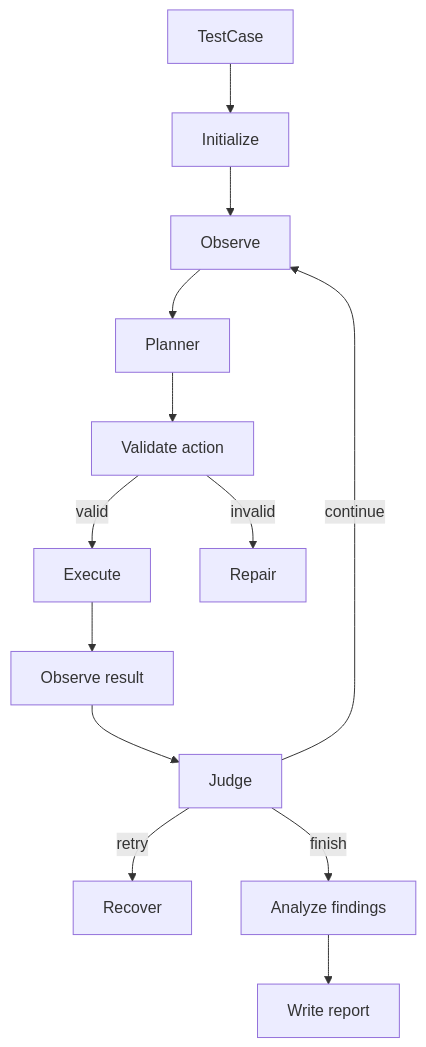
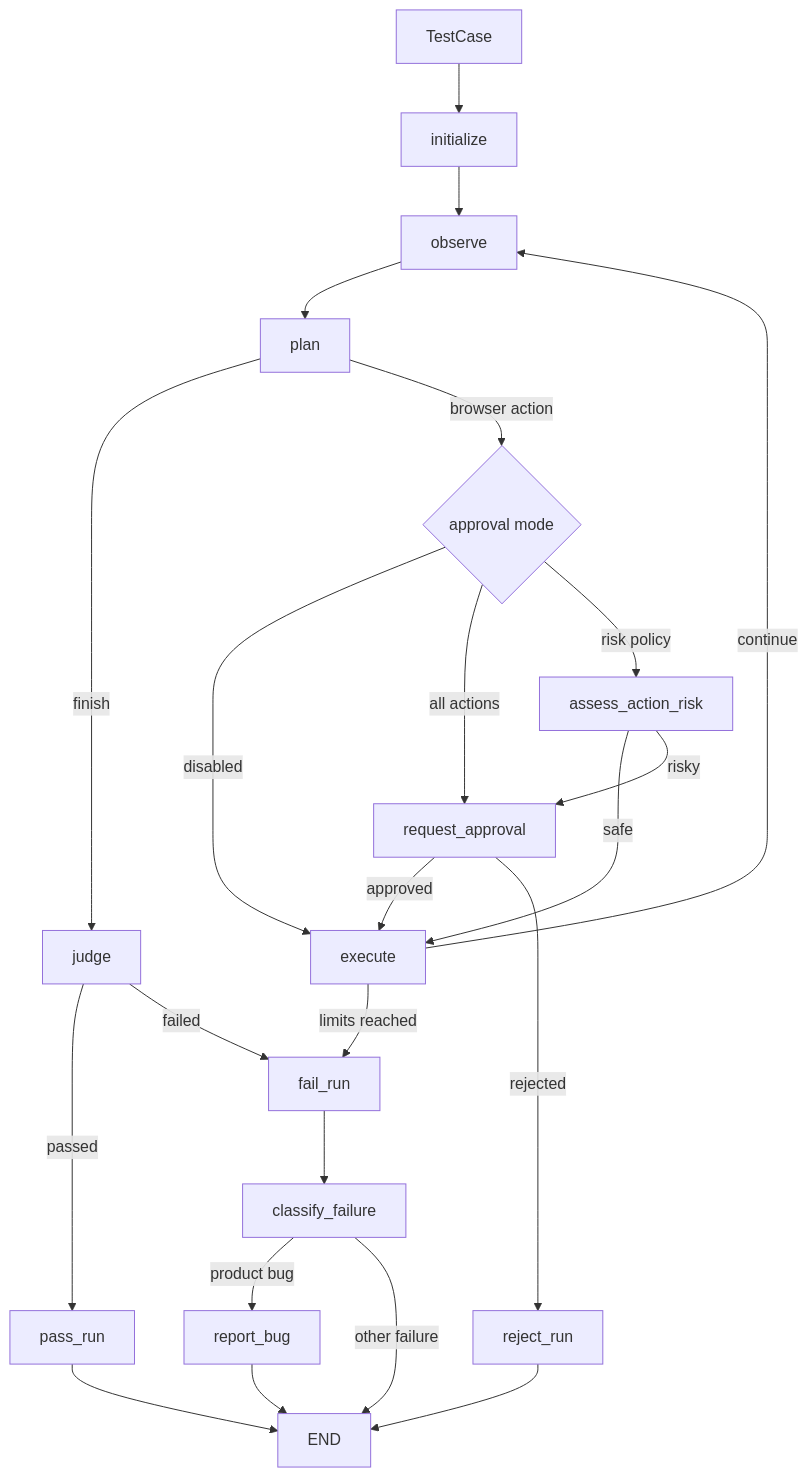
The diagram in docs/architecture.md (Nikolay2048/ui-browser-agent), drawn with Mermaid before and after one commit. The commit also changed other lines of this file and 5 other files, not shown here.

````diff
--- a/docs/architecture.md
+++ b/docs/architecture.md
@@ -3,15 +5,25 @@
 ```mermaid
 flowchart TD
-    A["TestCase"] --> B["Initialize"]
-    B --> C["Observe"]
-    C --> D["Planner"]
-    D --> E["Validate action"]
-    E -->|valid| F["Execute"]
-    E -->|invalid| G["Repair"]
-    F --> H["Observe result"]
-    H --> I["Judge"]
-    I -->|continue| C
-    I -->|retry| J["Recover"]
-    I -->|finish| K["Analyze findings"]
-    K --> L["Write report"]
+    S["TestCase"] --> I["initialize"]
+    I --> O["observe"]
+    O --> P["plan"]
+    P -->|"finish"| J["judge"]
+    P -->|"browser action"| R{"approval mode"}
+    R -->|"disabled"| E["execute"]
+    R -->|"all actions"| A["request_approval"]
+    R -->|"risk policy"| RP["assess_action_risk"]
+    RP -->|"safe"| E
+    RP -->|"risky"| A
+    A -->|"approved"| E
+    A -->|"rejected"| HR["reject_run"]
+    E -->|"continue"| O
+    E -->|"limits reached"| F["fail_run"]
+    J -->|"passed"| PASS["pass_run"]
+    J -->|"failed"| F
+    F --> C["classify_failure"]
+    C -->|"product bug"| B["report_bug"]
+    C -->|"other failure"| END["END"]
+    B --> END
+    HR --> END
+    PASS --> END
 ```
````
